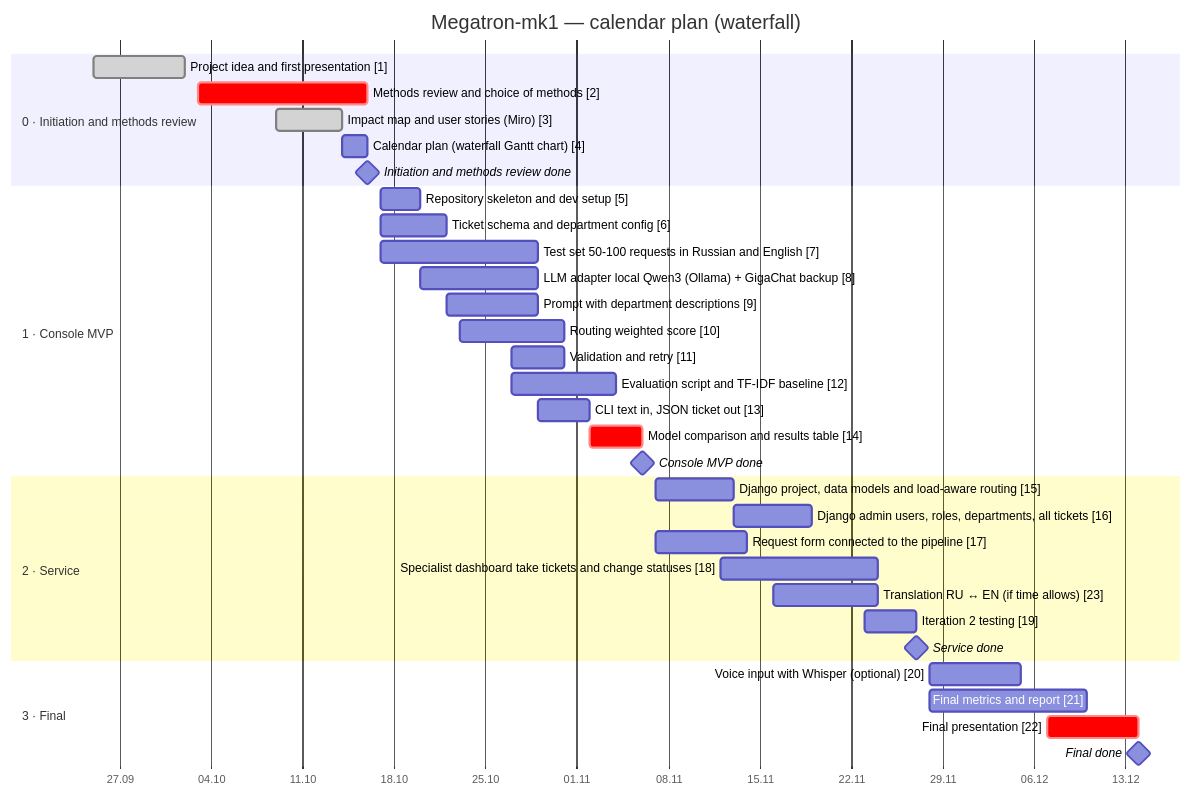
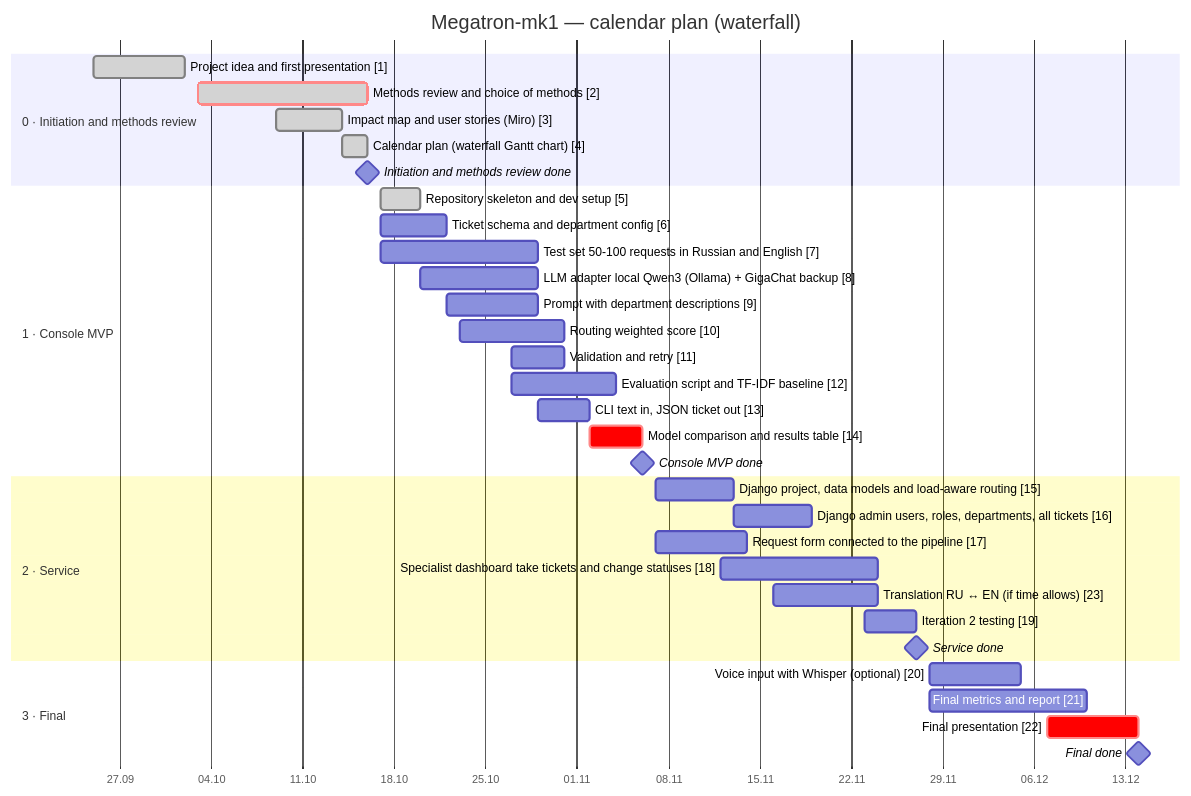
The diagram in README.md (Leenday/support_megatron_mk1), drawn with Mermaid before and after one commit. The commit also changed other lines of this file and 20 other files, not shown here.

First line of the commit message:
chore: set up repository, dev tooling, Docker and CI (#25)

````diff
--- a/README.md
+++ b/README.md
@@ -16,38 +45,38 @@
 ```mermaid
 gantt
     title Megatron-mk1 — calendar plan (waterfall)
     dateFormat YYYY-MM-DD
     axisFormat %d.%m
     todayMarker on
     section 0 · Initiation and methods review
     Project idea and first presentation [1] :done, t1, 2026-09-25, 2026-10-02
-    Methods review and choice of methods [2] :crit, t2, 2026-10-03, 2026-10-16
+    Methods review and choice of methods [2] :done, crit, t2, 2026-10-03, 2026-10-16
     Impact map and user stories (Miro) [3] :done, t3, 2026-10-09, 2026-10-14
-    Calendar plan (waterfall Gantt chart) [4] :t4, 2026-10-14, 2026-10-16
+    Calendar plan (waterfall Gantt chart) [4] :done, t4, 2026-10-14, 2026-10-16
     Initiation and methods review done :milestone, m0, 2026-10-16, 0d
     section 1 · Console MVP
-    Repository skeleton and dev setup [5] :t5, 2026-10-17, 2026-10-20
+    Repository skeleton and dev setup [5] :done, t5, 2026-10-17, 2026-10-20
     Ticket schema and department config [6] :t6, 2026-10-17, 2026-10-22
     Test set 50-100 requests in Russian and English [7] :t7, 2026-10-17, 2026-10-29
     LLM adapter local Qwen3 (Ollama) + GigaChat backup [8] :t8, 2026-10-20, 2026-10-29
     Prompt with department descriptions [9] :t9, 2026-10-22, 2026-10-29
     Routing weighted score [10] :t10, 2026-10-23, 2026-10-31
     Validation and retry [11] :t11, 2026-10-27, 2026-10-31
     Evaluation script and TF-IDF baseline [12] :t12, 2026-10-27, 2026-11-04
     CLI text in, JSON ticket out [13] :t13, 2026-10-29, 2026-11-02
     Model comparison and results table [14] :crit, t14, 2026-11-02, 2026-11-06
     Console MVP done :milestone, m1, 2026-11-06, 0d
     section 2 · Service
     Django project, data models and load-aware routing [15] :t15, 2026-11-07, 2026-11-13
     Django admin users, roles, departments, all tickets [16] :t16, 2026-11-13, 2026-11-19
     Request form connected to the pipeline [17] :t17, 2026-11-07, 2026-11-14
     Specialist dashboard take tickets and change statuses [18] :t18, 2026-11-12, 2026-11-24
     Translation RU ↔ EN (if time allows) [23] :t23, 2026-11-16, 2026-11-24
     Iteration 2 testing [19] :t19, 2026-11-23, 2026-11-27
     Service done :milestone, m2, 2026-11-27, 0d
     section 3 · Final
     Voice input with Whisper (optional) [20] :t20, 2026-11-28, 2026-12-05
     Final metrics and report [21] :t21, 2026-11-28, 2026-12-10
     Final presentation [22] :crit, t22, 2026-12-07, 2026-12-14
     Final done :milestone, m3, 2026-12-14, 0d
 ```
````
